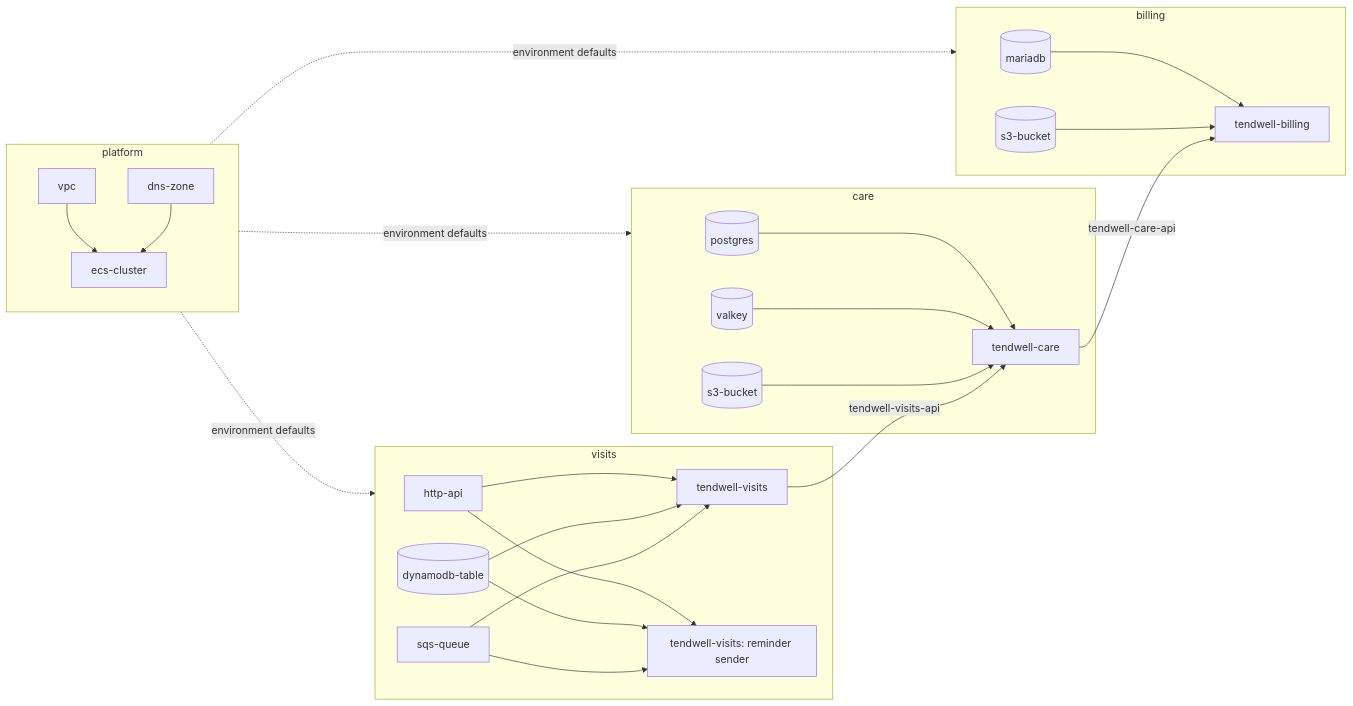
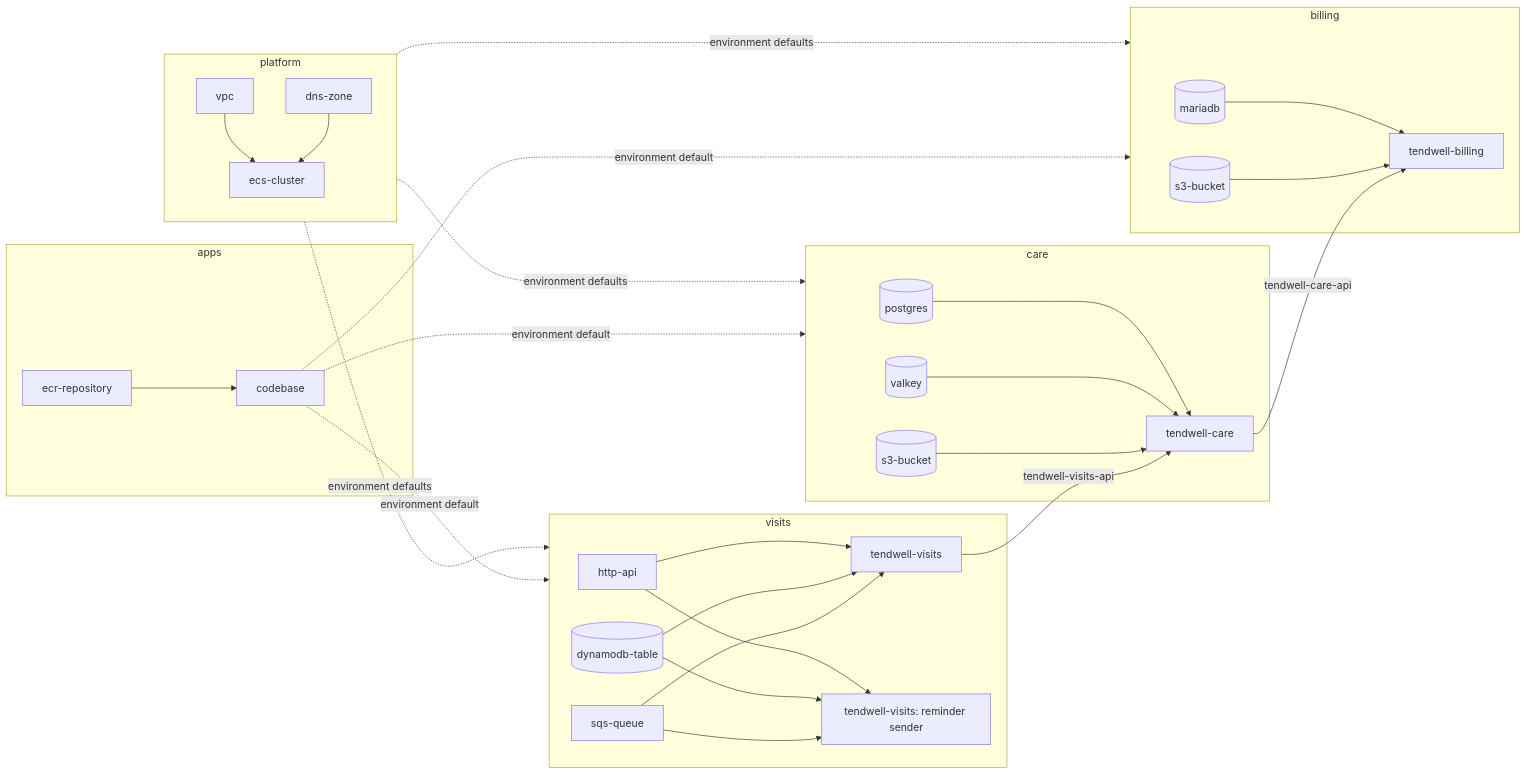
Before and after one commit to massdriver-catalogs/aws: the diagram in examples/telehealth/README.md, drawn with Mermaid. The commit also changed other lines of this file and 7 other files, not shown here.

Commit message:
Tendwell onboards every app in the apps project: one registry and codebase per app

````diff
--- a/examples/telehealth/README.md
+++ b/examples/telehealth/README.md
@@ -19,29 +21,35 @@
 ```mermaid
 flowchart LR
   subgraph platform
     network[vpc] --> cluster[ecs-cluster]
     dns[dns-zone] --> cluster
   end
   subgraph visits
     api[http-api] --> vapp[tendwell-visits]
     slots[(dynamodb-table)] --> vapp
     q[sqs-queue] --> vapp
     api --> sender[tendwell-visits: reminder sender]
     slots --> sender
     q --> sender
   end
   subgraph care
     pg[(postgres)] --> capp[tendwell-care]
     vk[(valkey)] --> capp
     docs[(s3-bucket)] --> capp
   end
   subgraph billing
     db[(mariadb)] --> bapp[tendwell-billing]
     claims[(s3-bucket)] --> bapp
   end
+  subgraph apps
+    reg[ecr-repository] --> cb[codebase]
+  end
   vapp -- tendwell-visits-api --> capp
   capp -- tendwell-care-api --> bapp
   platform -. environment defaults .-> visits
   platform -. environment defaults .-> care
   platform -. environment defaults .-> billing
+  cb -. environment default .-> visits
+  cb -. environment default .-> care
+  cb -. environment default .-> billing
 ```
````
